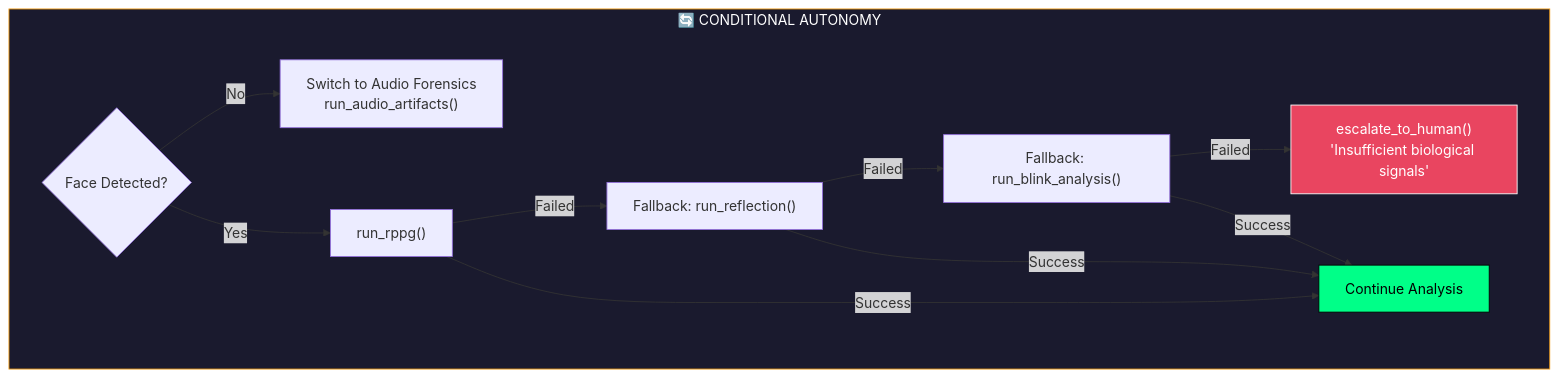
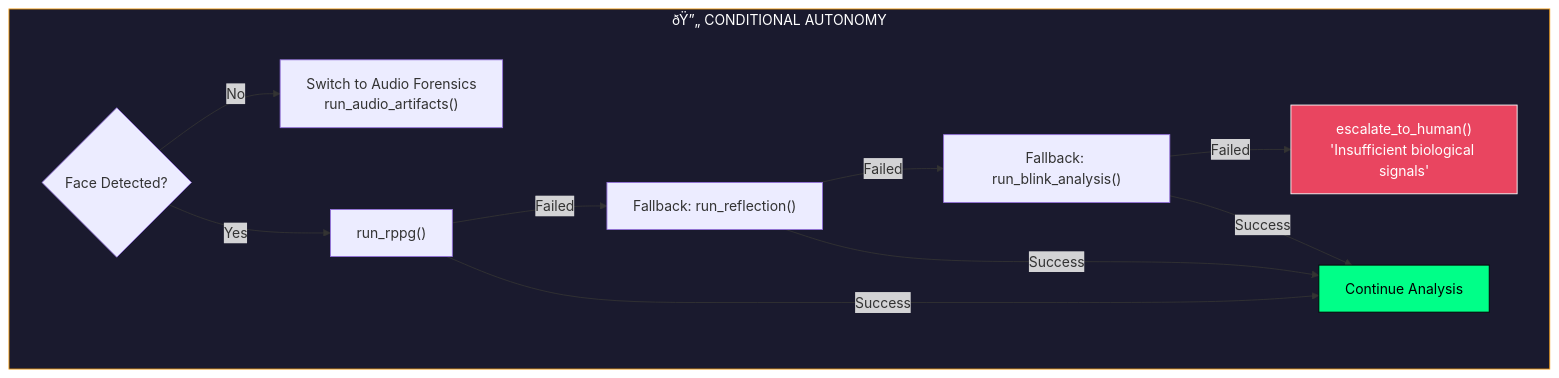
The seventh of 10 diagrams in README.md (gaurav337/Aegis-X), drawn with Mermaid before and after one commit. The commit also changed other lines of this file, not shown here.

````diff
--- a/README.md
+++ b/README.md
@@ -815,20 +1097,20 @@
 ```mermaid
 flowchart TD
-    subgraph FALLBACK["🔄 CONDITIONAL AUTONOMY"]
+    subgraph FALLBACK["ðŸ”„ CONDITIONAL AUTONOMY"]
         F1{"Face Detected?"}
         F1 -->|"No"| AUDIO["Switch to Audio Forensics<br/>run_audio_artifacts()"]
         F1 -->|"Yes"| RPPG2["run_rppg()"]
         
         RPPG2 -->|"Failed"| GLINT["Fallback: run_reflection()"]
         GLINT -->|"Failed"| BLINK["Fallback: run_blink_analysis()"]
         BLINK -->|"Failed"| ESCALATE2["escalate_to_human()<br/>'Insufficient biological signals'"]
         
         RPPG2 -->|"Success"| CONTINUE["Continue Analysis"]
         GLINT -->|"Success"| CONTINUE
         BLINK -->|"Success"| CONTINUE
     end
 
     style FALLBACK fill:#1a1a2e,stroke:#f39c12,color:#fff
     style ESCALATE2 fill:#e94560,stroke:#fff,color:#fff
     style CONTINUE fill:#00ff88,stroke:#000,color:#000
 ```
````
